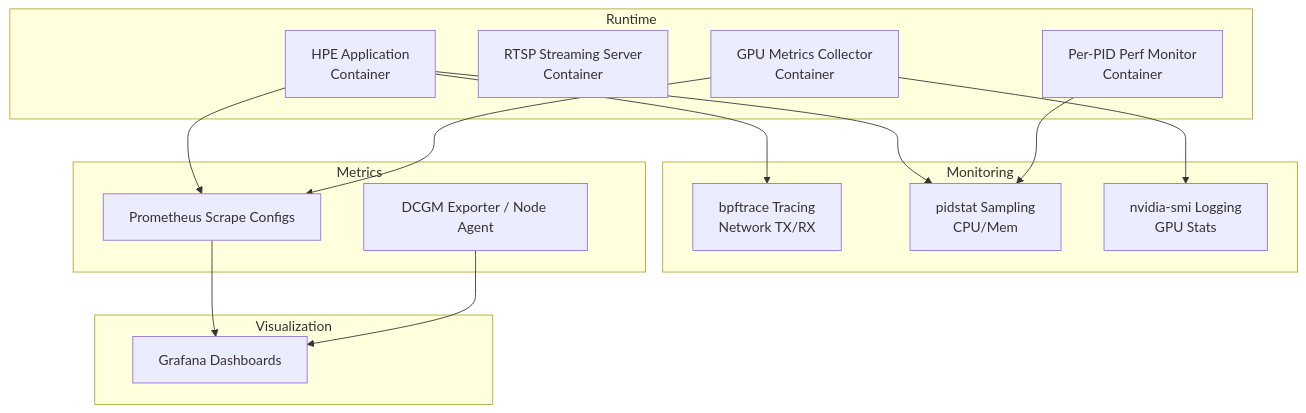
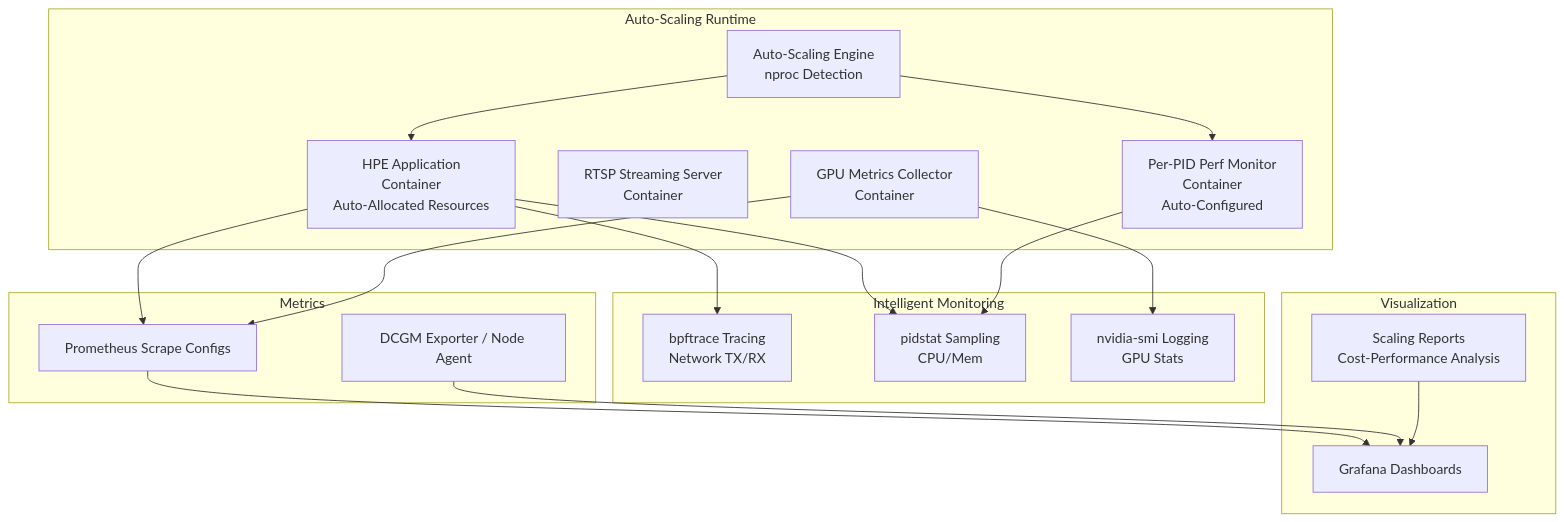
Before and after one commit to Fogus-Gr/MeasurementsDTs: the first of 10 diagrams in .qoder/repowiki/en/content/Monitoring and Analytics/Performance Monitoring.md, drawn with Mermaid. The commit also changed other lines of this file and 14 other files, not shown here.

````diff
--- a/.qoder/repowiki/en/content/Monitoring and Analytics/Performance Monitoring.md
+++ b/.qoder/repowiki/en/content/Monitoring and Analytics/Performance Monitoring.md
@@ -43,29 +62,34 @@
 ```mermaid
 graph TB
-subgraph "Runtime"
-HPE["HPE Application<br/>Container"]
+subgraph "Auto-Scaling Runtime"
+HPE["HPE Application<br/>Container<br/>Auto-Allocated Resources"]
 Streamer["RTSP Streaming Server<br/>Container"]
 GPU["GPU Metrics Collector<br/>Container"]
-PerfMon["Per-PID Perf Monitor<br/>Container"]
+PerfMon["Per-PID Perf Monitor<br/>Container<br/>Auto-Configured"]
+Scale["Auto-Scaling Engine<br/>nproc Detection"]
 end
-subgraph "Monitoring"
+subgraph "Intelligent Monitoring"
 BPF["bpftrace Tracing<br/>Network TX/RX"]
 PIDStat["pidstat Sampling<br/>CPU/Mem"]
 NSMI["nvidia-smi Logging<br/>GPU Stats"]
+Scale --> HPE
+Scale --> PerfMon
 end
 subgraph "Metrics"
 Prom["Prometheus Scrape Configs"]
 Exp["DCGM Exporter / Node Agent"]
 end
 subgraph "Visualization"
 Graf["Grafana Dashboards"]
+ScaleReport["Scaling Reports<br/>Cost-Performance Analysis"]
 end
 HPE --> BPF
 HPE --> PIDStat
 GPU --> NSMI
 HPE --> Prom
 GPU --> Prom
 PerfMon --> PIDStat
 Prom --> Graf
 Exp --> Graf
+ScaleReport --> Graf
 ```
````
